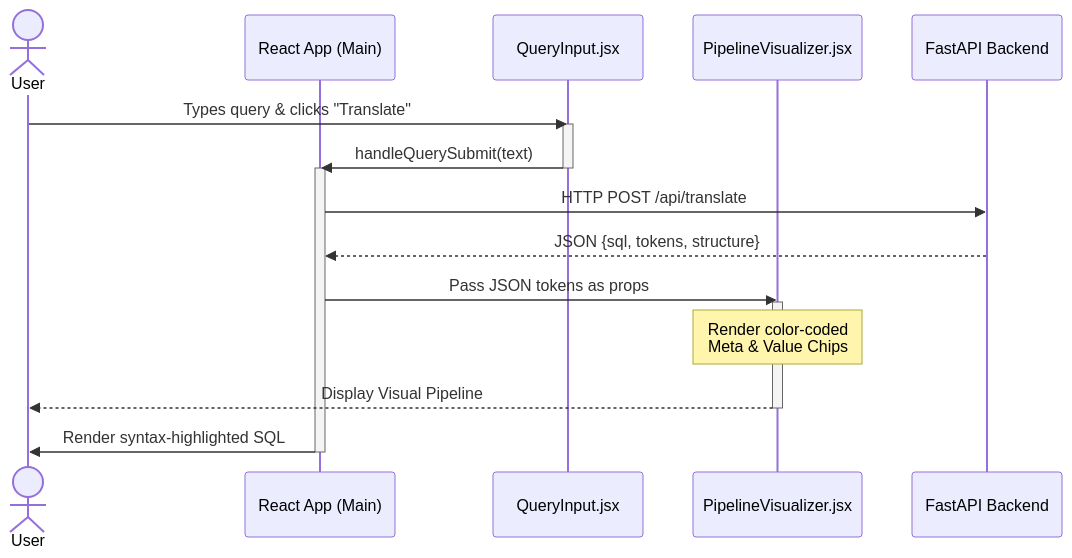
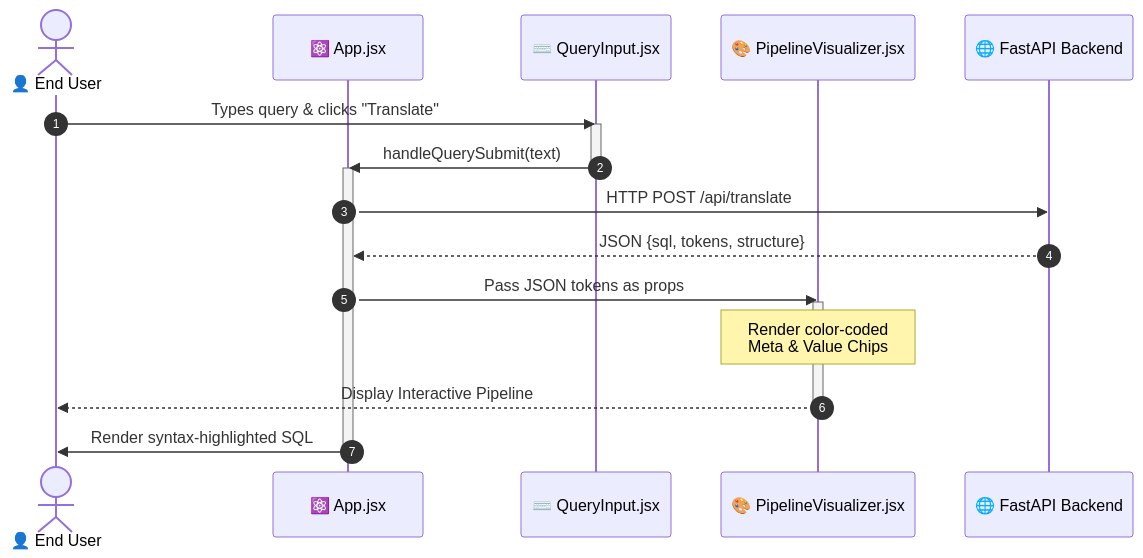
One commit to pavbhaji7/NLPTOSQL changed the sixth of 8 diagrams in Report_Documentation/System_Architecture_Diagrams.md. Above: the diagram before and after it, drawn with Mermaid. The commit also changed other lines of this file, not shown here.

Commit message:
Diagram update

````diff
--- a/Report_Documentation/System_Architecture_Diagrams.md
+++ b/Report_Documentation/System_Architecture_Diagrams.md
@@ -151,26 +157,27 @@
 ```mermaid
 sequenceDiagram
-    actor User
-    participant UI as React App (Main)
-    participant Input as QueryInput.jsx
-    participant Viz as PipelineVisualizer.jsx
-    participant API as FastAPI Backend
+    autonumber
+    actor User as 👤 End User
+    participant App as ⚛️ App.jsx
+    participant Input as ⌨️ QueryInput.jsx
+    participant Viz as 🎨 PipelineVisualizer.jsx
+    participant API as 🌐 FastAPI Backend
     
     User->>Input: Types query & clicks "Translate"
     activate Input
-    Input->>UI: handleQuerySubmit(text)
+    Input->>App: handleQuerySubmit(text)
     deactivate Input
     
-    activate UI
-    UI->>API: HTTP POST /api/translate
-    API-->>UI: JSON {sql, tokens, structure}
+    activate App
+    App->>API: HTTP POST /api/translate
+    API-->>App: JSON {sql, tokens, structure}
     
-    UI->>Viz: Pass JSON tokens as props
+    App->>Viz: Pass JSON tokens as props
     activate Viz
     Note over Viz: Render color-coded<br/>Meta & Value Chips
-    Viz-->>User: Display Visual Pipeline
+    Viz-->>User: Display Interactive Pipeline
     deactivate Viz
     
-    UI->>User: Render syntax-highlighted SQL
-    deactivate UI
+    App->>User: Render syntax-highlighted SQL
+    deactivate App
 ```
````
